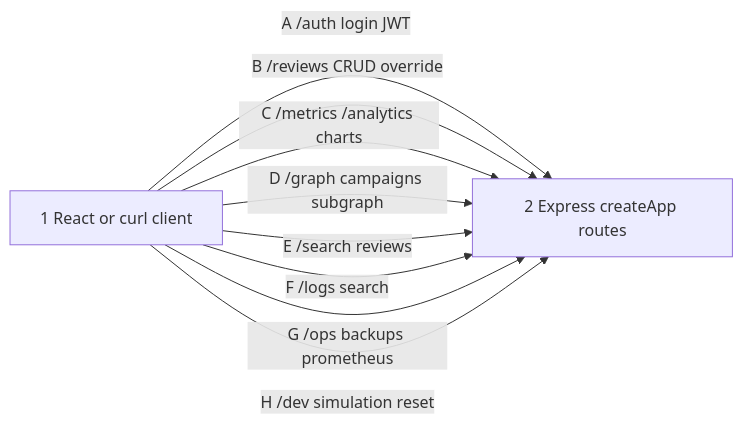
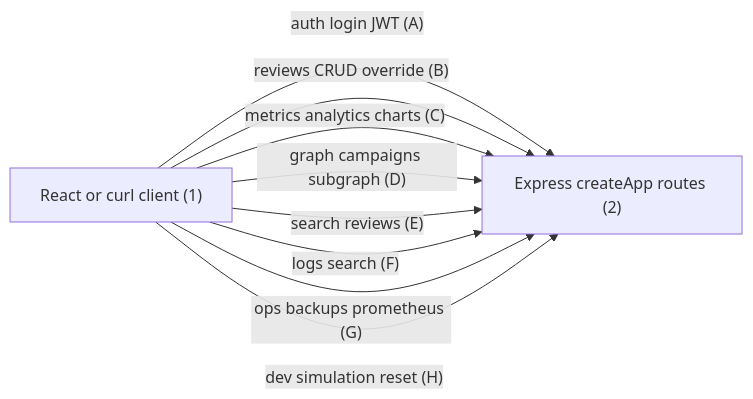
Before and after one commit to OferElboher/suspicious-email-triage: the diagram in docs/diagrams/system-flow-02-rest-api.mmd, drawn with Mermaid. The commit also changed 9 other files, not shown here.

First line of the commit message:
Document partial flowcharts in prose and normalize diagram labels.

```diff
--- a/docs/diagrams/system-flow-02-rest-api.mmd
+++ b/docs/diagrams/system-flow-02-rest-api.mmd
@@ -1,12 +1,12 @@
 flowchart LR
-  UI["1 React or curl client"]
-  API["2 Express createApp routes"]
+  UI["React or curl client (1)"]
+  API["Express createApp routes (2)"]
 
-  UI -->|"A /auth login JWT"| API
-  UI -->|"B /reviews CRUD override"| API
-  UI -->|"C /metrics /analytics charts"| API
-  UI -->|"D /graph campaigns subgraph"| API
-  UI -->|"E /search reviews"| API
-  UI -->|"F /logs search"| API
-  UI -->|"G /ops backups prometheus"| API
-  UI -->|"H /dev simulation reset"| API
+  UI -->|"auth login JWT (A)"| API
+  UI -->|"reviews CRUD override (B)"| API
+  UI -->|"metrics analytics charts (C)"| API
+  UI -->|"graph campaigns subgraph (D)"| API
+  UI -->|"search reviews (E)"| API
+  UI -->|"logs search (F)"| API
+  UI -->|"ops backups prometheus (G)"| API
+  UI -->|"dev simulation reset (H)"| API
```
